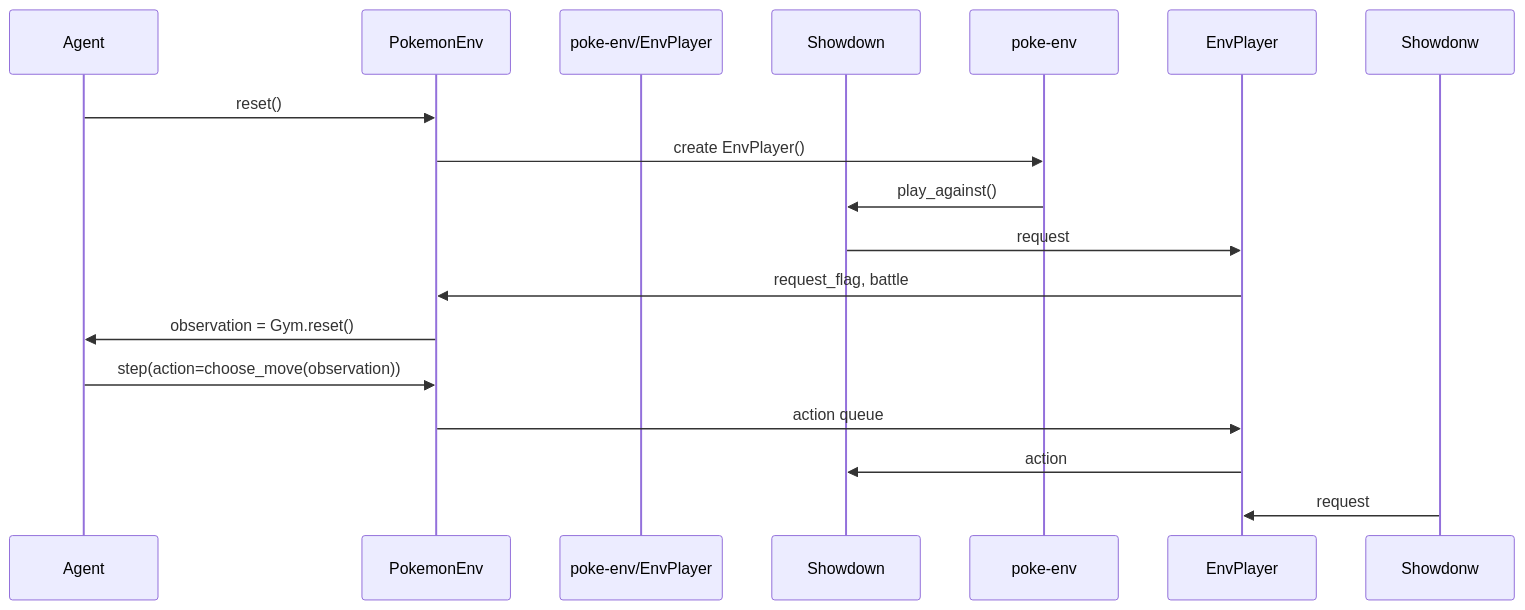
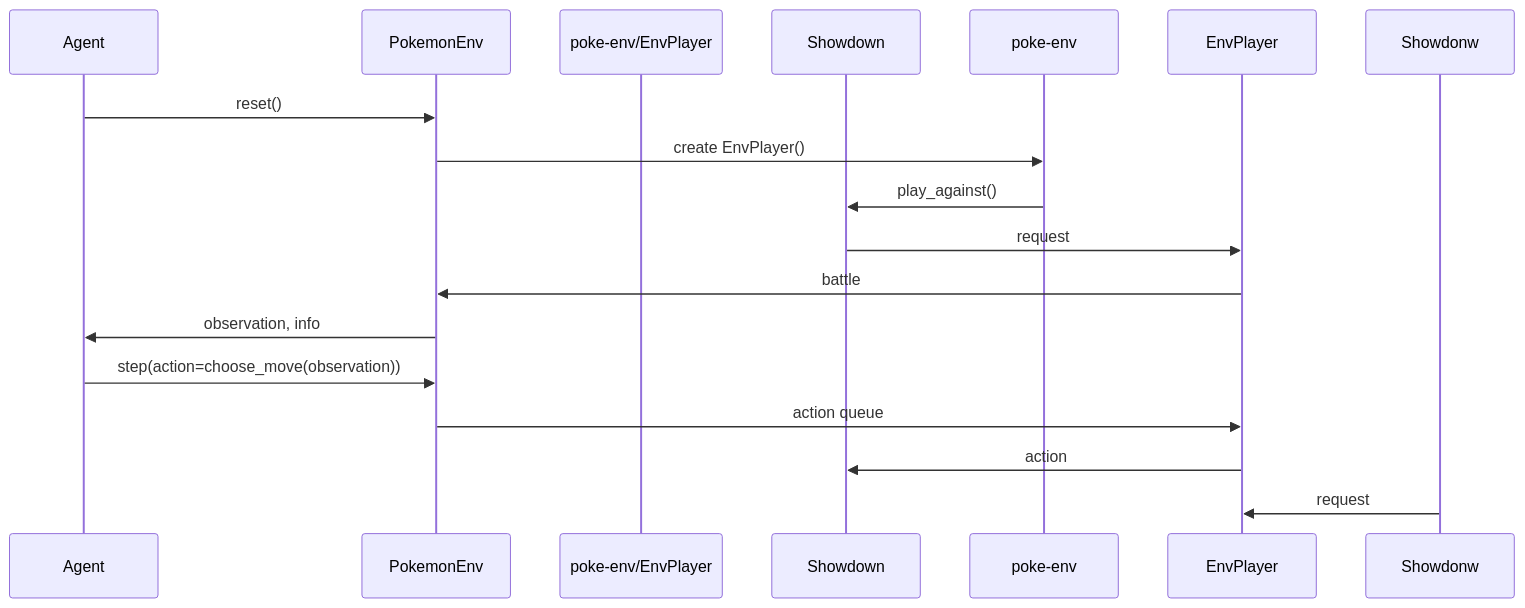
The diagram in docs/AI-design/PokemonEnv_Specification.md (TKG1005/Maple), drawn with Mermaid before and after one commit. The commit also changed other lines of this file, not shown here.

````diff
--- a/docs/AI-design/PokemonEnv_Specification.md
+++ b/docs/AI-design/PokemonEnv_Specification.md
@@ -96,17 +96,17 @@
 ```mermaid
 sequenceDiagram
     participant Agent
     participant PokemonEnv
     participant poke-env/EnvPlayer
     participant Showdown
     Agent->>PokemonEnv: reset()
     PokemonEnv->>poke-env: create EnvPlayer()
     poke-env->>Showdown: play_against()
     Showdown->>EnvPlayer: request
-    EnvPlayer->>PokemonEnv: request_flag, battle
-    PokemonEnv->>Agent: observation = Gym.reset()
+    EnvPlayer->>PokemonEnv: battle
+    PokemonEnv->>Agent: observation, info
     Agent->>PokemonEnv: step(action=choose_move(observation))
     PokemonEnv->>EnvPlayer: action queue
     EnvPlayer->>Showdown: action
     Showdonw->>EnvPlayer: request
 ```
````
